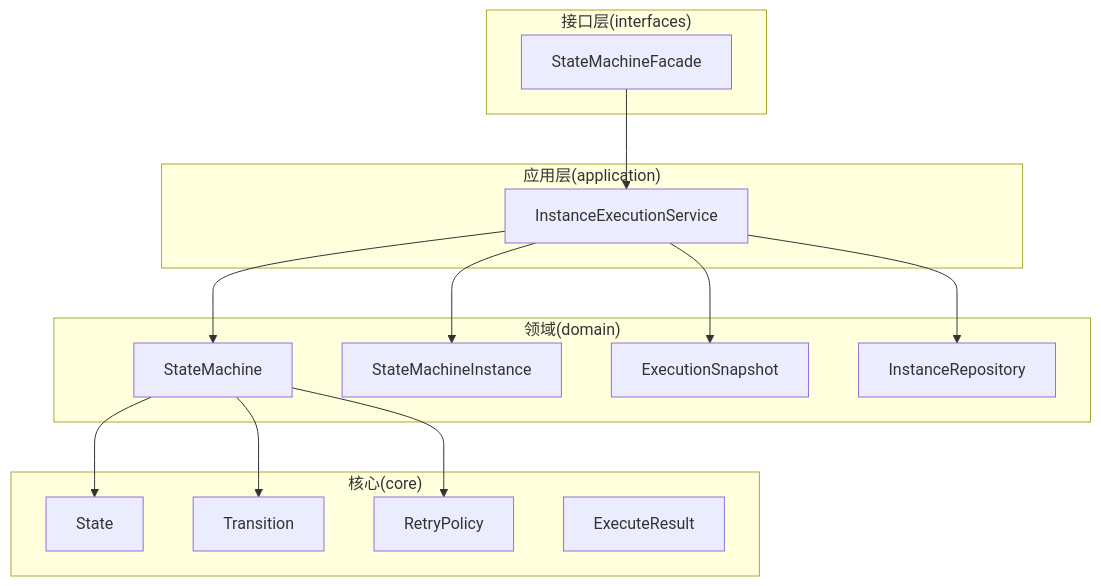
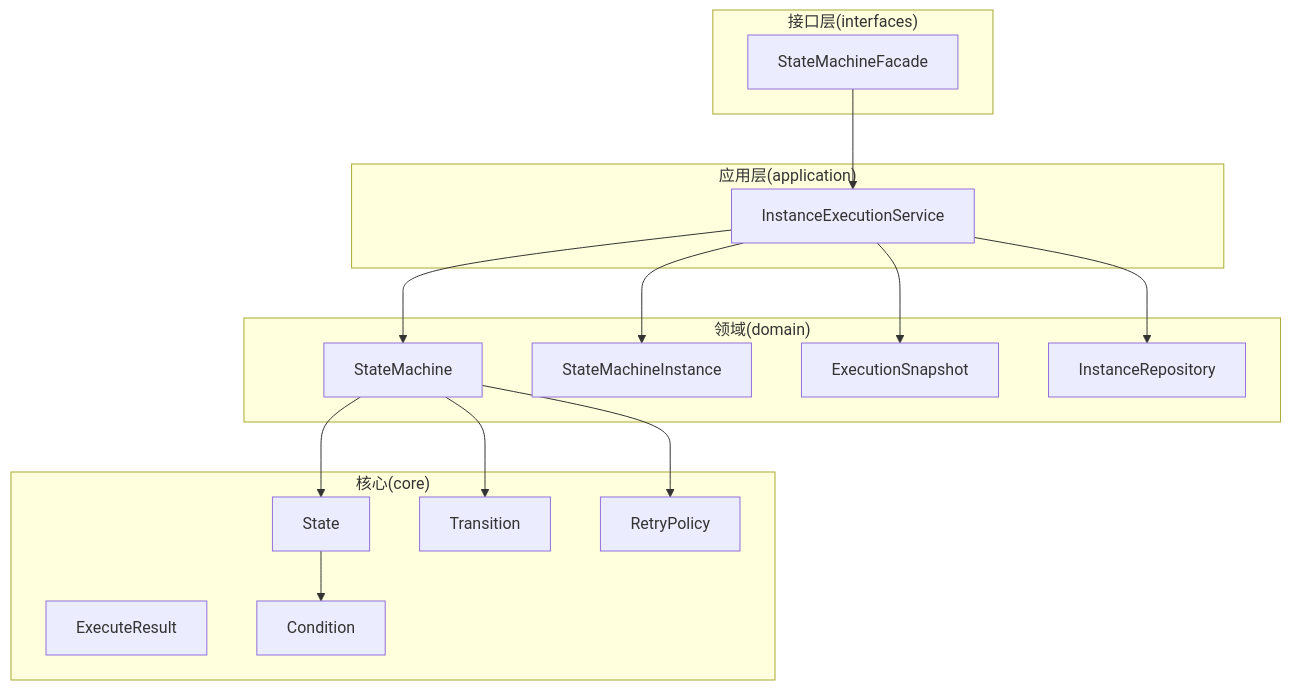
Before and after one commit to xiaoche80s-tech/state-machine-parent: the first of 6 diagrams in .qoder/repowiki/zh/content/执行引擎/执行引擎.md, drawn with Mermaid. The commit also changed other lines of this file and 17 other files, not shown here.

````diff
--- a/.qoder/repowiki/zh/content/执行引擎/执行引擎.md
+++ b/.qoder/repowiki/zh/content/执行引擎/执行引擎.md
@@ -51,29 +64,31 @@
 ```mermaid
 graph TB
 subgraph "应用层(application)"
 Svc["InstanceExecutionService"]
 end
 subgraph "接口层(interfaces)"
 Facade["StateMachineFacade"]
 end
 subgraph "领域(domain)"
 SM["StateMachine"]
 Inst["StateMachineInstance"]
 Snap["ExecutionSnapshot"]
 RepoInst["InstanceRepository"]
 end
 subgraph "核心(core)"
 State["State"]
 Trans["Transition"]
 Retry["RetryPolicy"]
 ExecRes["ExecuteResult"]
+Cond["Condition"]
 end
 Facade --> Svc
 Svc --> SM
 Svc --> Inst
 Svc --> Snap
 Svc --> RepoInst
 SM --> State
 SM --> Trans
 SM --> Retry
+State --> Cond
 ```
````
